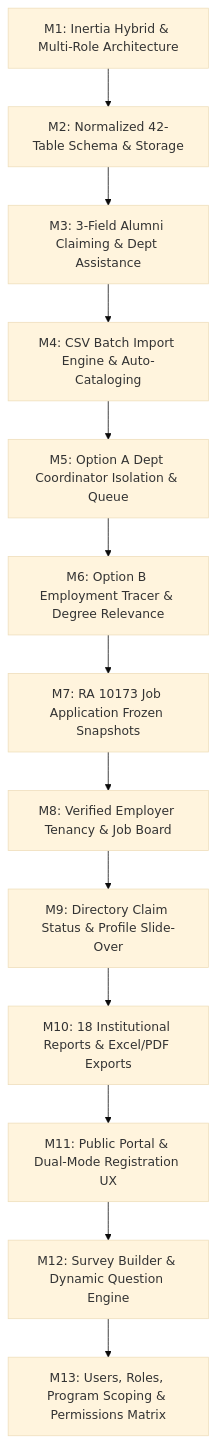
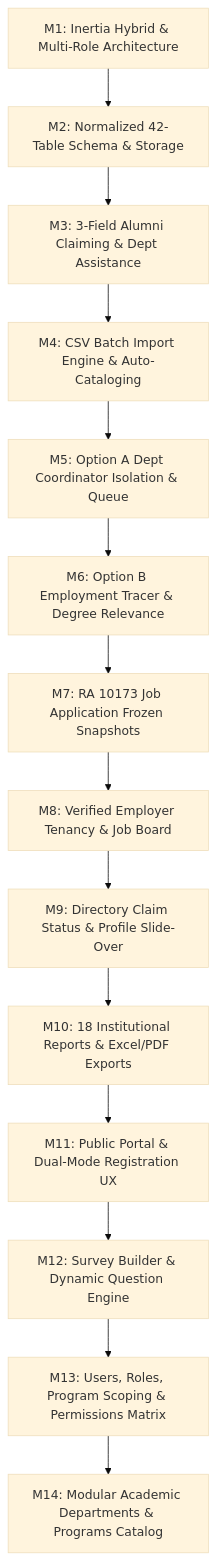
One commit to yortez/atms changed the diagram in docs/milestones-achieved.md. Above: the diagram before and after it, drawn with Mermaid (base theme). The commit also changed other lines of this file and 5 other files, not shown here.

Commit message:
feat: add academic catalog controller, frontend components, and backend tests

````diff
--- a/docs/milestones-achieved.md
+++ b/docs/milestones-achieved.md
@@ -14,15 +14,16 @@
 ```mermaid
 flowchart TD
     M1["M1: Inertia Hybrid & Multi-Role Architecture"] --> M2["M2: Normalized 42-Table Schema & Storage"]
     M2 --> M3["M3: 3-Field Alumni Claiming & Dept Assistance"]
     M3 --> M4["M4: CSV Batch Import Engine & Auto-Cataloging"]
     M4 --> M5["M5: Option A Dept Coordinator Isolation & Queue"]
     M5 --> M6["M6: Option B Employment Tracer & Degree Relevance"]
     M6 --> M7["M7: RA 10173 Job Application Frozen Snapshots"]
     M7 --> M8["M8: Verified Employer Tenancy & Job Board"]
     M8 --> M9["M9: Directory Claim Status & Profile Slide-Over"]
     M9 --> M10["M10: 18 Institutional Reports & Excel/PDF Exports"]
     M10 --> M11["M11: Public Portal & Dual-Mode Registration UX"]
     M11 --> M12["M12: Survey Builder & Dynamic Question Engine"]
     M12 --> M13["M13: Users, Roles, Program Scoping & Permissions Matrix"]
+    M13 --> M14["M14: Modular Academic Departments & Programs Catalog"]
 ```
````
